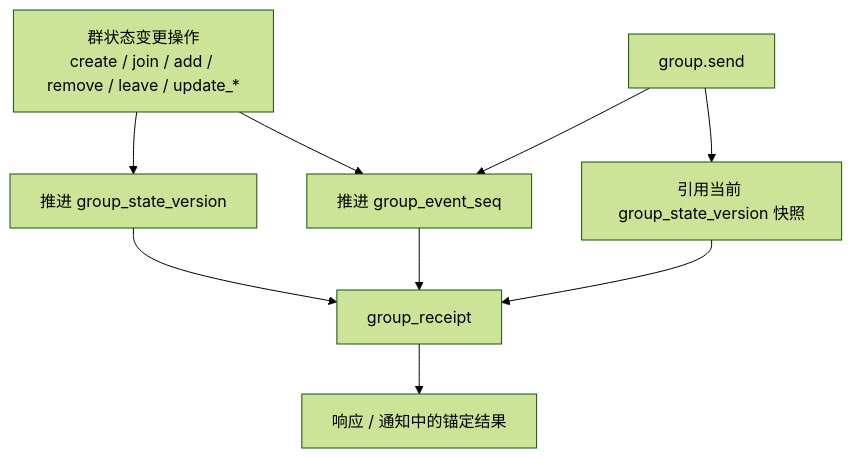
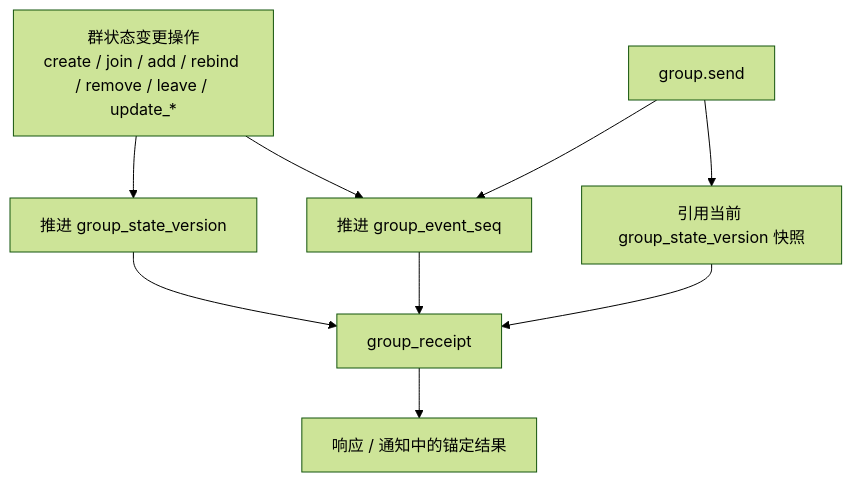
The second of 6 diagrams in chinese/message/04-群组基础语义.md (NeatNerdPrime/AgentNetworkProtocol), drawn with Mermaid (forest theme) before and after one commit. The commit also changed other lines of this file and 5 other files, not shown here.

````diff
--- a/chinese/message/04-群组基础语义.md
+++ b/chinese/message/04-群组基础语义.md
@@ -229,17 +251,17 @@
 ```mermaid
 flowchart TD
-COps[群状态变更操作<br/>create / join / add / remove / leave / update_*]
+COps[群状态变更操作<br/>create / join / add / rebind / remove / leave / update_*]
 Msg[group.send]
 
 COps --> SV[推进 group_state_version]
 COps --> SEQ[推进 group_event_seq]
 
 Msg --> SEQ
 Msg --> SNAP[引用当前 group_state_version 快照]
 
 SV --> RC[group_receipt]
 SEQ --> RC
 SNAP --> RC
 
 RC --> OUT[响应 / 通知中的锚定结果]
 ```
````
